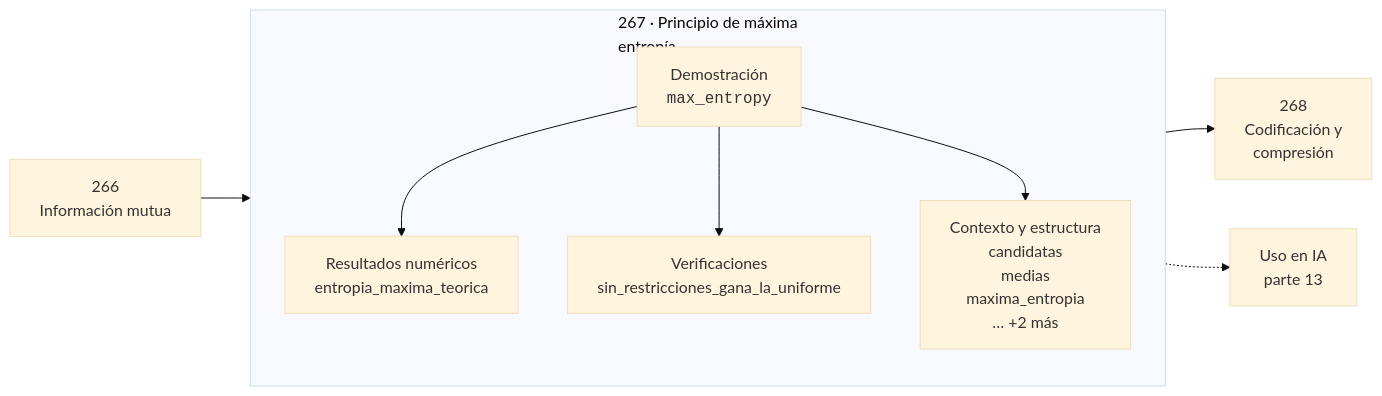
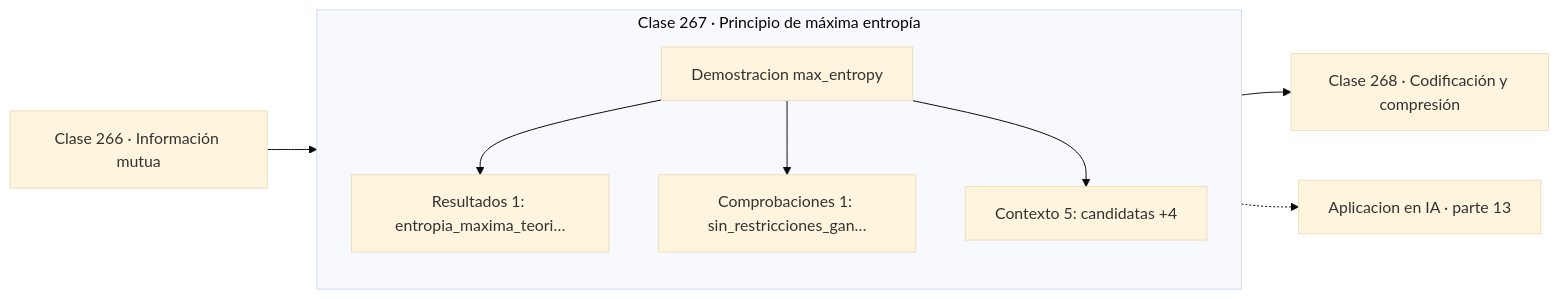
One commit to vladimiracunadev-create/computational-mathematics-program changed the diagram in classes/part-13-teoria-de-la-informacion-senales-y-series/267-principio-de-maxima-entropia/README.md. Above: the diagram before and after it, drawn with Mermaid (base theme). The commit also changed 389 other files, not shown here.

First line of the commit message:
fix(diagramas): elimina el HTML de las etiquetas Mermaid

````diff
--- a/classes/part-13-teoria-de-la-informacion-senales-y-series/267-principio-de-maxima-entropia/README.md
+++ b/classes/part-13-teoria-de-la-informacion-senales-y-series/267-principio-de-maxima-entropia/README.md
@@ -30,12 +30,13 @@
 ```mermaid
 flowchart LR
-    P["266<br/>Información mutua"] --> C
-    subgraph C["267 · Principio de máxima<br/>entropía"]
+    P["Clase 266 · Información mutua"] --> D
+    subgraph CLASE["Clase 267 · Principio de máxima entropía"]
         direction TB
-        D["Demostración<br/><code>max_entropy</code>"] --> R["Resultados numéricos<br/>entropia_maxima_teorica"]
-        D --> V["Verificaciones<br/>sin_restricciones_gana_la_uniforme"]
-        D --> O["Contexto y estructura<br/>candidatas<br/>medias<br/>maxima_entropia<br/>… +2 más"]
+        D["Demostracion max_entropy"]
+        D --> R["Resultados 1: entropia_maxima_teori…"]
+        D --> V["Comprobaciones 1: sin_restricciones_gan…"]
+        D --> O["Contexto 5: candidatas +4"]
     end
-    C --> N["268<br/>Codificación y<br/>compresión"]
-    C -.-> IA["Uso en IA<br/>parte 13"]
+    R --> N["Clase 268 · Codificación y compresión"]
+    V -.-> IA["Aplicacion en IA · parte 13"]
 ```
````
